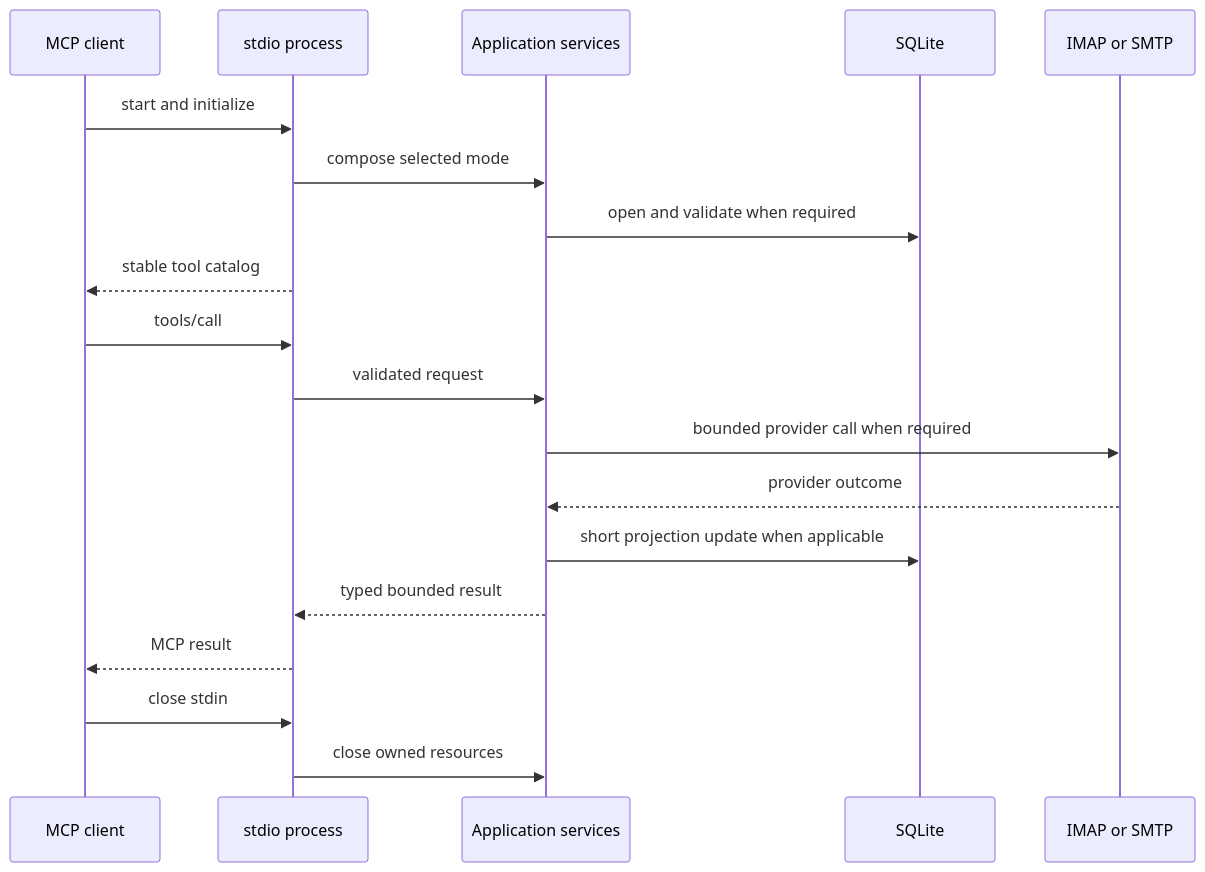
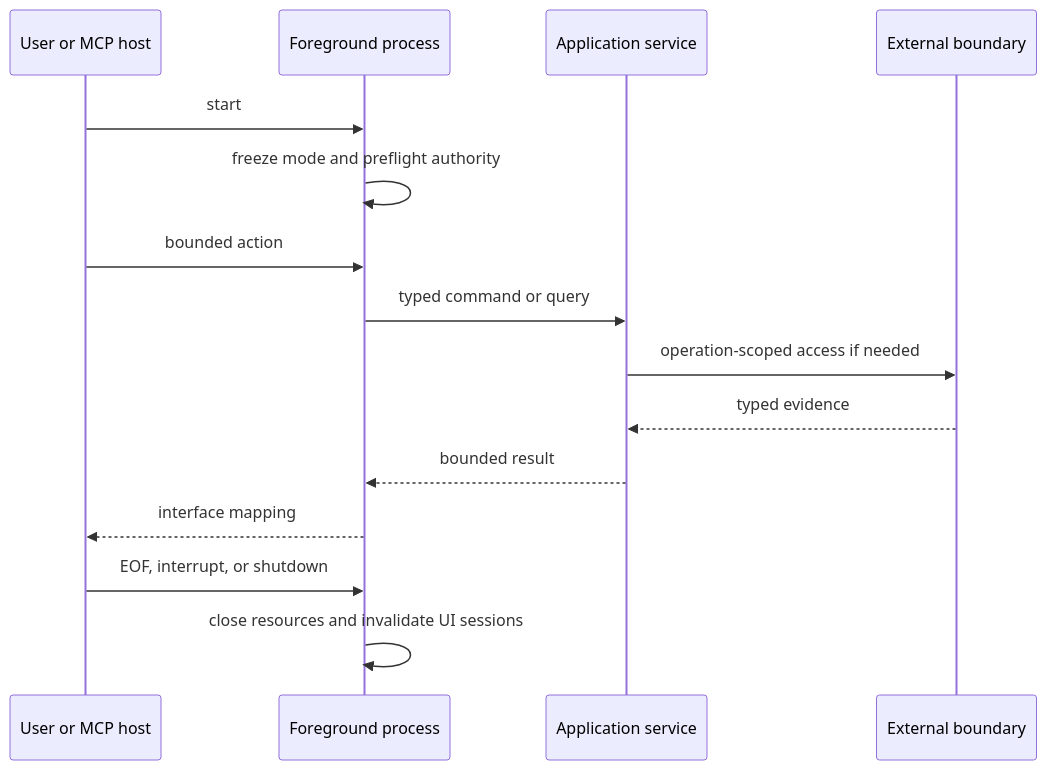
The second of 2 diagrams in spec/01-system-context.md (Wh1isper/mcp-email-server), drawn with Mermaid before and after one commit. The commit also changed other lines of this file and 18 other files, not shown here.

Commit message:
docs: redefine local email app architecture

````diff
--- a/spec/01-system-context.md
+++ b/spec/01-system-context.md
@@ -81,22 +73,17 @@
 ```mermaid
 sequenceDiagram
-    participant C as MCP client
-    participant P as stdio process
-    participant A as Application services
-    participant D as SQLite
-    participant M as IMAP or SMTP
-
-    C->>P: start and initialize
-    P->>A: compose selected mode
-    A->>D: open and validate when required
-    P-->>C: stable tool catalog
-    C->>P: tools/call
-    P->>A: validated request
-    A->>M: bounded provider call when required
-    M-->>A: provider outcome
-    A->>D: short projection update when applicable
-    A-->>P: typed bounded result
-    P-->>C: MCP result
-    C->>P: close stdin
-    P->>A: close owned resources
+    participant U as User or MCP host
+    participant P as Foreground process
+    participant A as Application service
+    participant X as External boundary
+    U->>P: start
+    P->>P: freeze mode and preflight authority
+    U->>P: bounded action
+    P->>A: typed command or query
+    A->>X: operation-scoped access if needed
+    X-->>A: typed evidence
+    A-->>P: bounded result
+    P-->>U: interface mapping
+    U->>P: EOF, interrupt, or shutdown
+    P->>P: close resources and invalidate UI sessions
 ```
````
